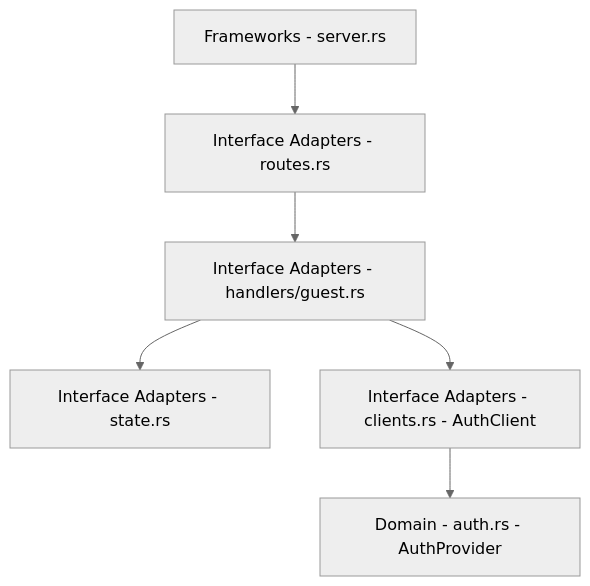
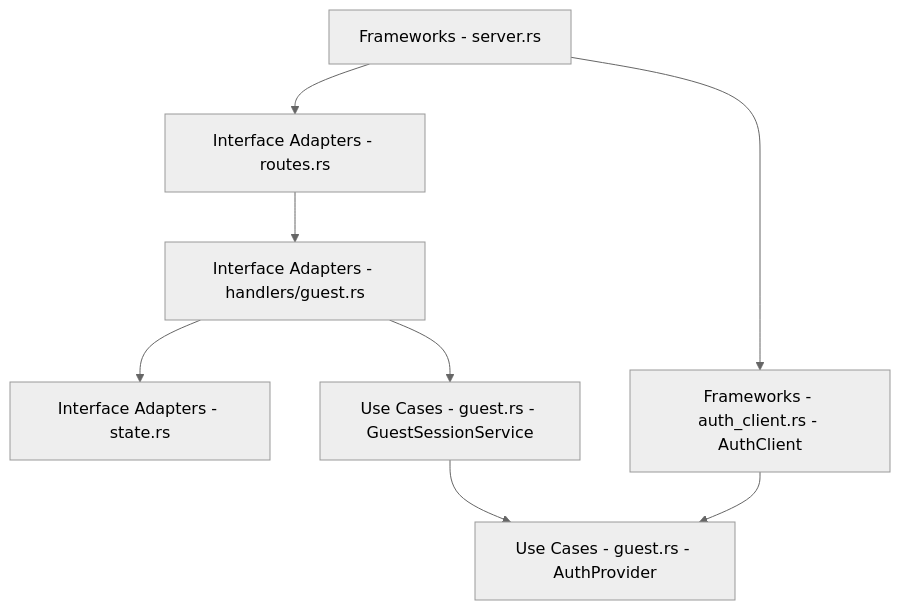
One commit to MantasImb/jet_raiders changed the diagram in head_server/README.md. Above: the diagram before and after it, drawn with Mermaid (neutral theme). The commit also changed other lines of this file and 17 other files, not shown here.

Commit message:
Refactor head server guest auth flow into use cases

````diff
--- a/head_server/README.md
+++ b/head_server/README.md
@@ -3,8 +3,10 @@
 ```mermaid
 flowchart TD
     F[Frameworks - server.rs] --> R[Interface Adapters - routes.rs]
     R --> H[Interface Adapters - handlers/guest.rs]
     H --> S[Interface Adapters - state.rs]
-    H --> C[Interface Adapters - clients.rs - AuthClient]
-    C --> D[Domain - auth.rs - AuthProvider]
+    H --> U[Use Cases - guest.rs - GuestSessionService]
+    U --> P[Use Cases - guest.rs - AuthProvider]
+    F --> C[Frameworks - auth_client.rs - AuthClient]
+    C --> P
 ```
````
